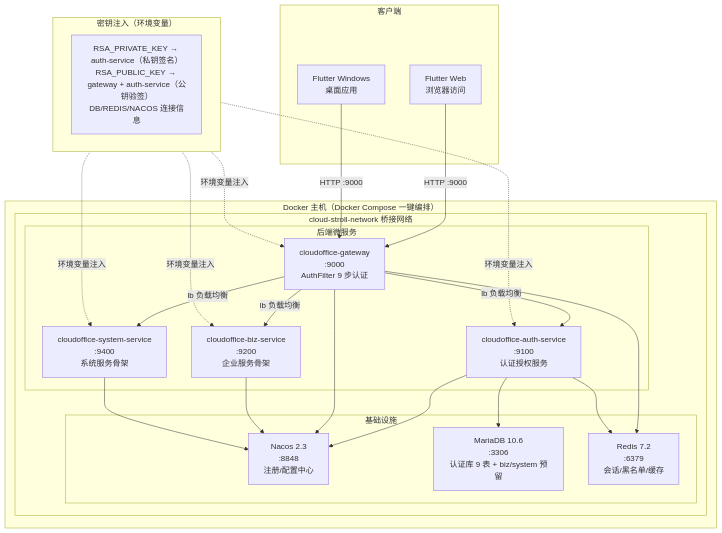
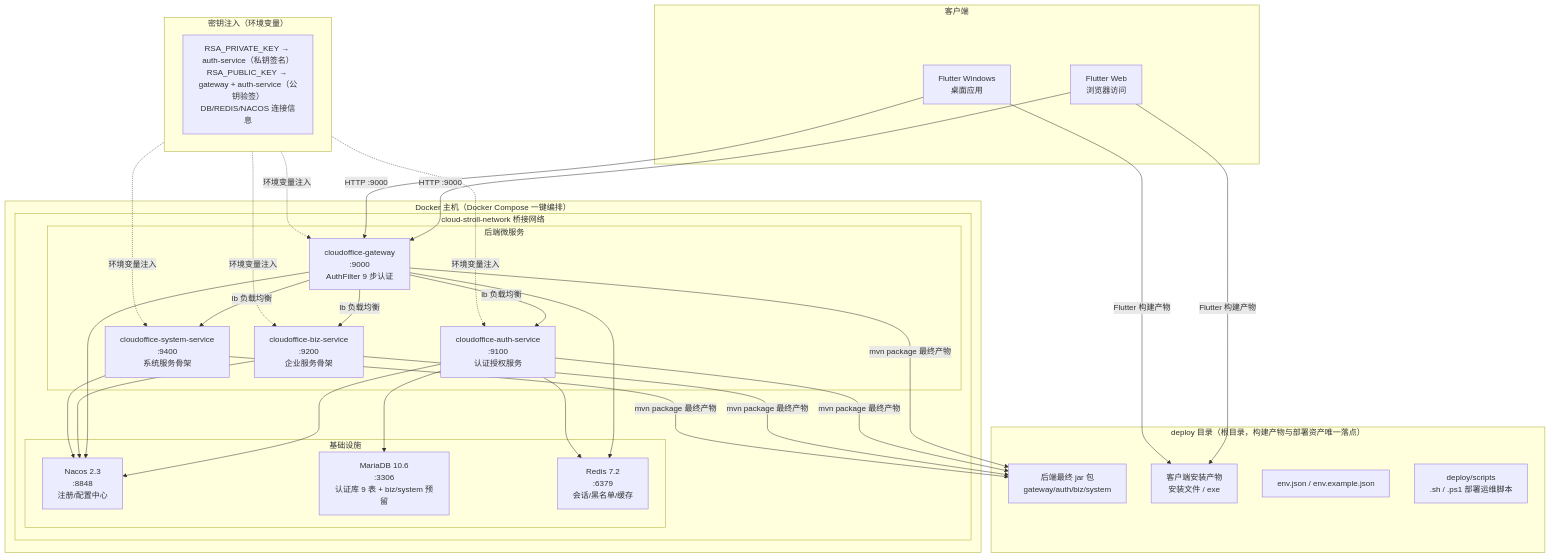
Before and after one commit to CloudStrolling/CloudStrollOffice: the fourth of 7 diagrams in docs/sad.md, drawn with Mermaid. The commit also changed other lines of this file and 121 other files, not shown here.

````diff
--- a/docs/sad.md
+++ b/docs/sad.md
@@ -149,44 +152,57 @@
 ```mermaid
 flowchart TB
     subgraph DockerHost["Docker 主机（Docker Compose 一键编排）"]
         subgraph Net["cloud-stroll-network 桥接网络"]
             subgraph Infra["基础设施"]
                 N["Nacos 2.3<br/>:8848<br/>注册/配置中心"]
                 M["MariaDB 10.6<br/>:3306<br/>认证库 9 表 + biz/system 预留"]
                 R["Redis 7.2<br/>:6379<br/>会话/黑名单/缓存"]
             end
             subgraph Services["后端微服务"]
                 G["cloudoffice-gateway<br/>:9000<br/>AuthFilter 9 步认证"]
                 A["cloudoffice-auth-service<br/>:9100<br/>认证授权服务"]
                 B["cloudoffice-biz-service<br/>:9200<br/>企业服务骨架"]
                 S["cloudoffice-system-service<br/>:9400<br/>系统服务骨架"]
             end
         end
     end
 
     subgraph Clients["客户端"]
         WEB["Flutter Web<br/>浏览器访问"]
         WIN["Flutter Windows<br/>桌面应用"]
     end
 
     WEB -->|"HTTP :9000"| G
     WIN -->|"HTTP :9000"| G
     G -->|"lb 负载均衡"| A
     G -->|"lb 负载均衡"| B
     G -->|"lb 负载均衡"| S
     A --> M
     G --> R
     A --> R
     A --> N
     G --> N
     B --> N
     S --> N
 
     subgraph Env["密钥注入（环境变量）"]
         K["RSA_PRIVATE_KEY → auth-service（私钥签名）<br/>RSA_PUBLIC_KEY → gateway + auth-service（公钥验签）<br/>DB/REDIS/NACOS 连接信息"]
     end
     Env -.->|"环境变量注入"| G
     Env -.->|"环境变量注入"| A
     Env -.->|"环境变量注入"| B
     Env -.->|"环境变量注入"| S
+
+    subgraph Artifacts["deploy 目录（根目录，构建产物与部署资产唯一落点）"]
+        JAR["后端最终 jar 包<br/>gateway/auth/biz/system"]
+        CLI["客户端安装产物<br/>安装文件 / exe"]
+        ENVF["env.json / env.example.json"]
+        SCR["deploy/scripts<br/>.sh / .ps1 部署运维脚本"]
+    end
+    G -->|"mvn package 最终产物"| JAR
+    A -->|"mvn package 最终产物"| JAR
+    B -->|"mvn package 最终产物"| JAR
+    S -->|"mvn package 最终产物"| JAR
+    WEB -->|"Flutter 构建产物"| CLI
+    WIN -->|"Flutter 构建产物"| CLI
 ```
````
